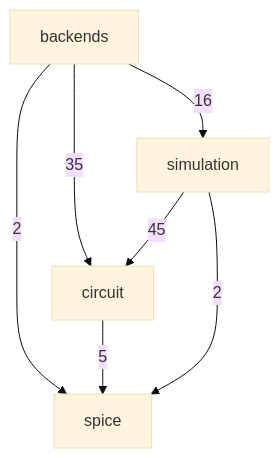
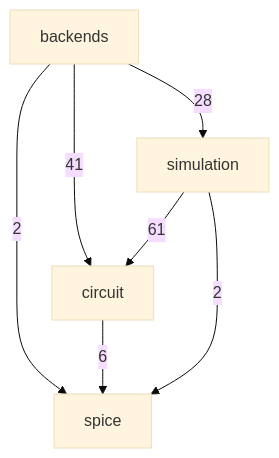
One commit to ronnymilleo/imcsim changed the second of 3 diagrams in docs/architecture.md. Above: the diagram before and after it, drawn with Mermaid (base theme). The commit also changed other lines of this file and 57 other files, not shown here.

````diff
--- a/docs/architecture.md
+++ b/docs/architecture.md
@@ -33,13 +33,13 @@
 ```mermaid
 flowchart TD
     app_core_spice[spice]
     app_core_circuit[circuit]
     app_core_simulation[simulation]
     app_core_backends[backends]
-    app_core_backends -->|35| app_core_circuit
-    app_core_backends -->|16| app_core_simulation
+    app_core_backends -->|41| app_core_circuit
+    app_core_backends -->|28| app_core_simulation
     app_core_backends -->|2| app_core_spice
-    app_core_circuit -->|5| app_core_spice
-    app_core_simulation -->|45| app_core_circuit
+    app_core_circuit -->|6| app_core_spice
+    app_core_simulation -->|61| app_core_circuit
     app_core_simulation -->|2| app_core_spice
 ```
````
